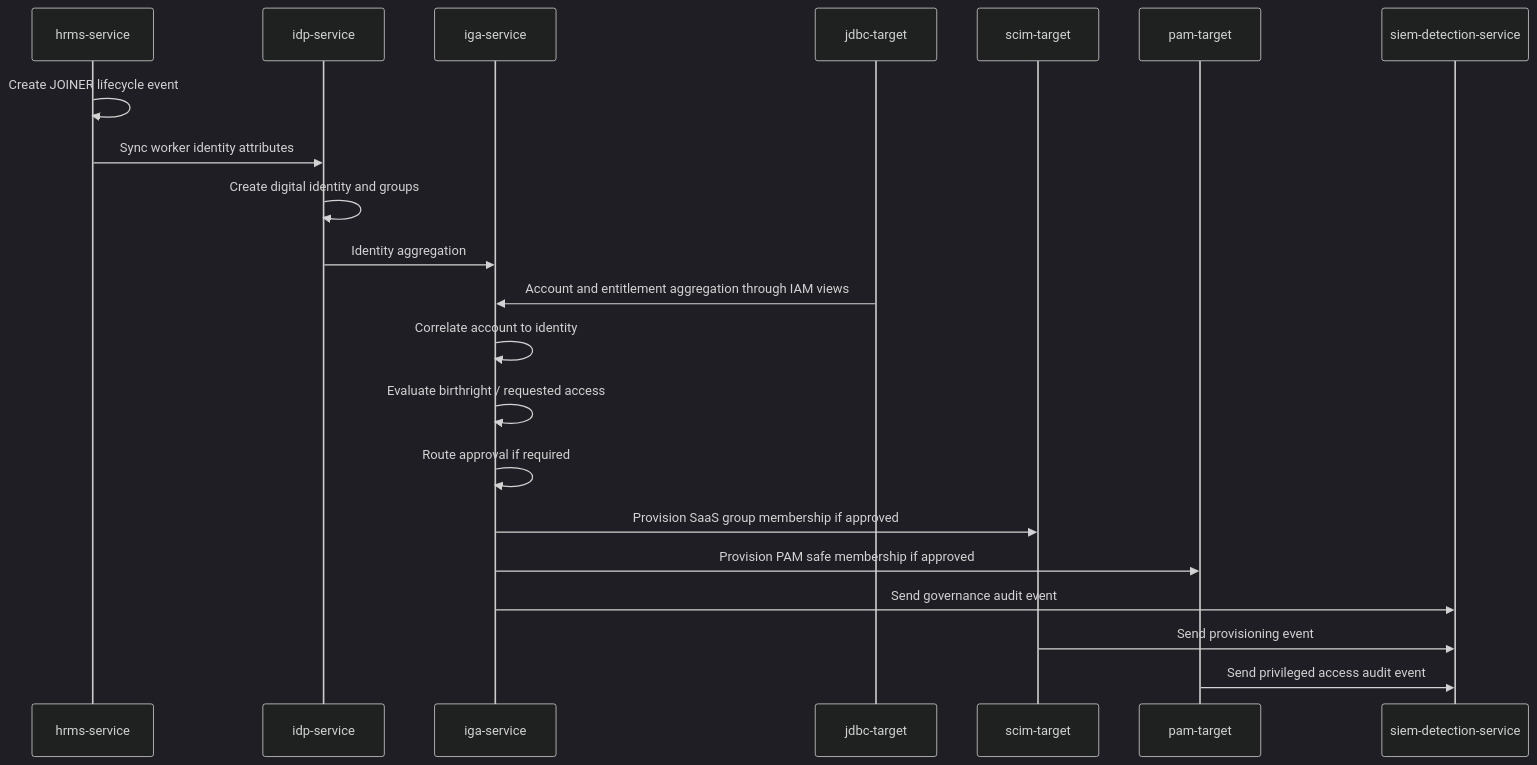
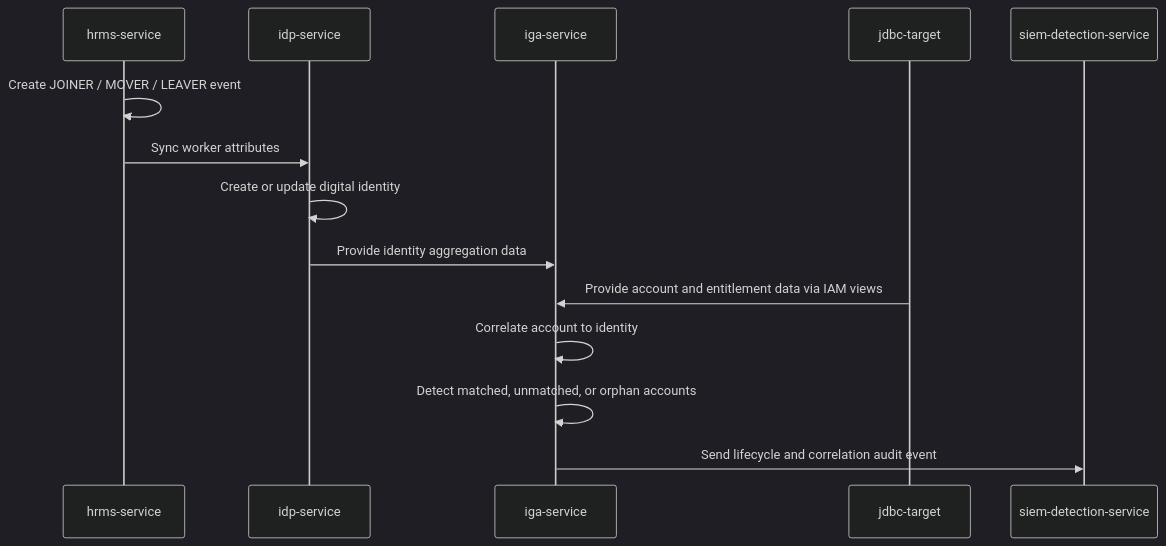
The third of 15 diagrams in docs/diagrams.md (i-m-rish/luffy), drawn with Mermaid (dark theme) before and after one commit. The commit also changed other lines of this file, not shown here.

Commit message:
Expand Mermaid diagrams documentation

````diff
--- a/docs/diagrams.md
+++ b/docs/diagrams.md
@@ -50,24 +96,17 @@
 ```mermaid
 sequenceDiagram
     participant HRMS as hrms-service
     participant IDP as idp-service
     participant IGA as iga-service
     participant JDBC as jdbc-target
-    participant SCIM as scim-target
-    participant PAM as pam-target
     participant SIEM as siem-detection-service
 
-    HRMS->>HRMS: Create JOINER lifecycle event
-    HRMS->>IDP: Sync worker identity attributes
-    IDP->>IDP: Create digital identity and groups
-    IDP->>IGA: Identity aggregation
-    JDBC->>IGA: Account and entitlement aggregation through IAM views
+    HRMS->>HRMS: Create JOINER / MOVER / LEAVER event
+    HRMS->>IDP: Sync worker attributes
+    IDP->>IDP: Create or update digital identity
+    IDP->>IGA: Provide identity aggregation data
+    JDBC->>IGA: Provide account and entitlement data via IAM views
     IGA->>IGA: Correlate account to identity
-    IGA->>IGA: Evaluate birthright / requested access
-    IGA->>IGA: Route approval if required
-    IGA->>SCIM: Provision SaaS group membership if approved
-    IGA->>PAM: Provision PAM safe membership if approved
-    IGA->>SIEM: Send governance audit event
-    SCIM->>SIEM: Send provisioning event
-    PAM->>SIEM: Send privileged access audit event
+    IGA->>IGA: Detect matched, unmatched, or orphan accounts
+    IGA->>SIEM: Send lifecycle and correlation audit event
 ```
````
